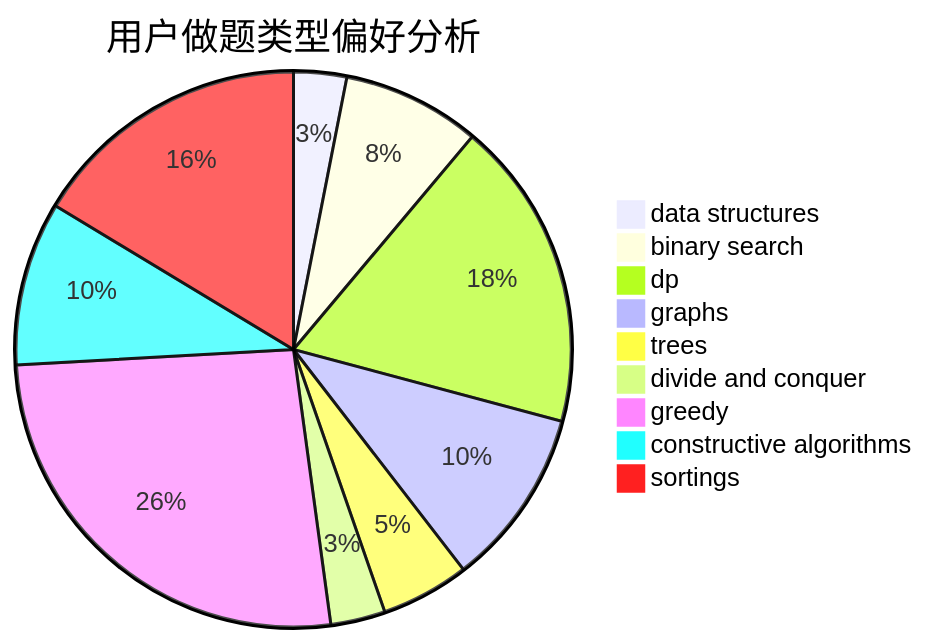
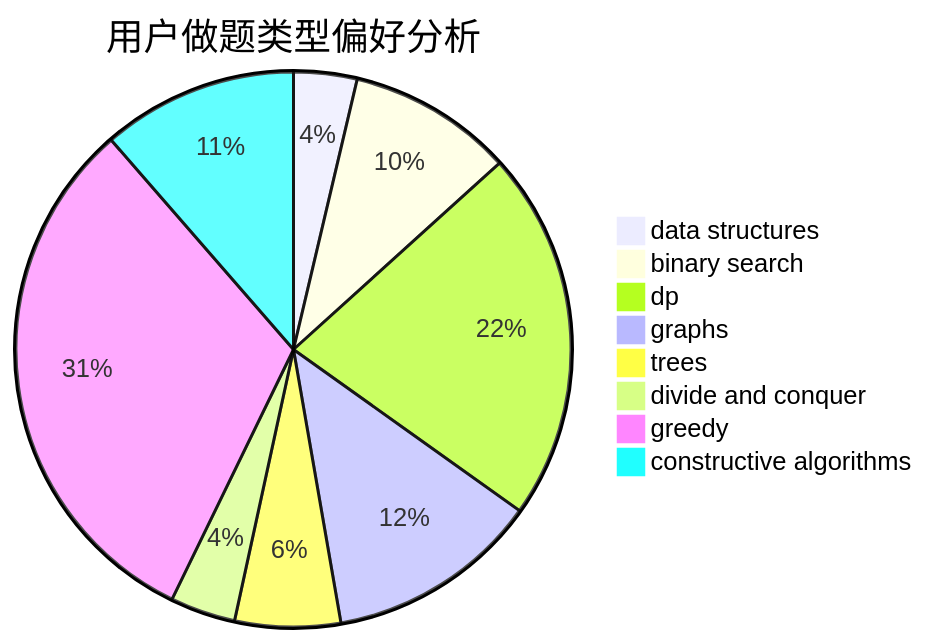
Before and after one commit to sherpahu/cfrs.github.io: the second of 3 diagrams in docs/user/u1487.md, drawn with Mermaid. The commit also changed other lines of this file and 2769 other files, not shown here.

````diff
--- a/docs/user/u1487.md
+++ b/docs/user/u1487.md
@@ -18,12 +18,11 @@
 ```mermaid
 pie title 用户做题类型偏好分析
     "data structures" :  33
     "binary search" :  86
     "dp" :  193
     "graphs" :  111
     "trees" :  55
     "divide and conquer" :  34
     "greedy" :  281
     "constructive algorithms" :  102
-    "sortings" :  175
 ```
````
